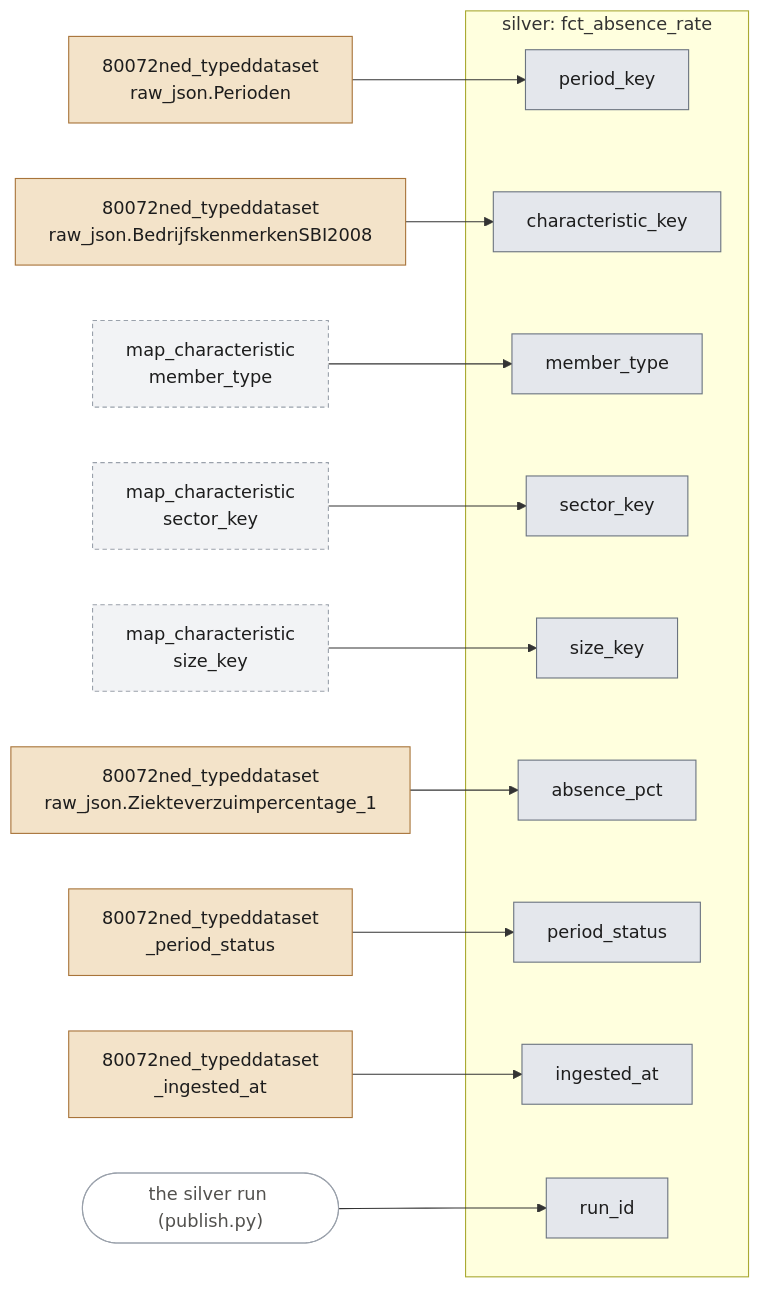
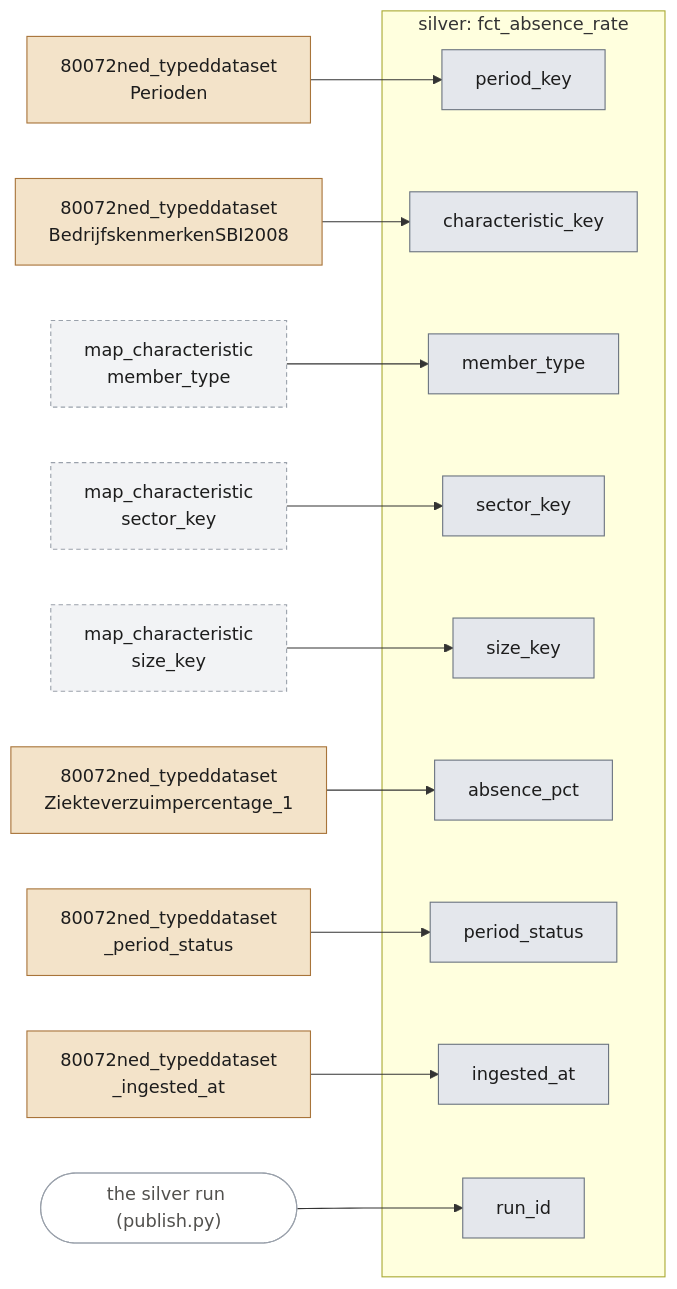
Before and after one commit to stefancodecommit/AOV_Lakehouse: the ninth of 13 diagrams in docs/lineage.md, drawn with Mermaid. The commit also changed other lines of this file and 12 other files, not shown here.

First line of the commit message:
Structured CBS bronze: a column per field next to raw_json

````diff
--- a/docs/lineage.md
+++ b/docs/lineage.md
@@ -451,36 +451,36 @@
 ```mermaid
 flowchart LR
+  n_src_80072ned_typeddataset_BedrijfskenmerkenSBI2008["80072ned_typeddataset<br/>BedrijfskenmerkenSBI2008"]:::bronze
+  n_src_80072ned_typeddataset_Perioden["80072ned_typeddataset<br/>Perioden"]:::bronze
+  n_src_80072ned_typeddataset_Ziekteverzuimpercentage_1["80072ned_typeddataset<br/>Ziekteverzuimpercentage_1"]:::bronze
   n_src_80072ned_typeddataset__ingested_at["80072ned_typeddataset<br/>_ingested_at"]:::bronze
   n_src_80072ned_typeddataset__period_status["80072ned_typeddataset<br/>_period_status"]:::bronze
-  n_src_80072ned_typeddataset_raw_json_BedrijfskenmerkenSBI2008["80072ned_typeddataset<br/>raw_json.BedrijfskenmerkenSBI2008"]:::bronze
-  n_src_80072ned_typeddataset_raw_json_Perioden["80072ned_typeddataset<br/>raw_json.Perioden"]:::bronze
-  n_src_80072ned_typeddataset_raw_json_Ziekteverzuimpercentage_1["80072ned_typeddataset<br/>raw_json.Ziekteverzuimpercentage_1"]:::bronze
   n_src_silver_map_characteristic_member_type["map_characteristic<br/>member_type"]:::silverref
   n_src_silver_map_characteristic_sector_key["map_characteristic<br/>sector_key"]:::silverref
   n_src_silver_map_characteristic_size_key["map_characteristic<br/>size_key"]:::silverref
   run(["the silver run (publish.py)"]):::run
   subgraph n_tbl_fct_absence_rate["silver: fct_absence_rate"]
     n_col_period_key["period_key"]:::silver
     n_col_characteristic_key["characteristic_key"]:::silver
     n_col_member_type["member_type"]:::silver
     n_col_sector_key["sector_key"]:::silver
     n_col_size_key["size_key"]:::silver
     n_col_absence_pct["absence_pct"]:::silver
     n_col_period_status["period_status"]:::silver
     n_col_ingested_at["ingested_at"]:::silver
     n_col_run_id["run_id"]:::silver
   end
-  n_src_80072ned_typeddataset_raw_json_Perioden --> n_col_period_key
-  n_src_80072ned_typeddataset_raw_json_BedrijfskenmerkenSBI2008 --> n_col_characteristic_key
+  n_src_80072ned_typeddataset_Perioden --> n_col_period_key
+  n_src_80072ned_typeddataset_BedrijfskenmerkenSBI2008 --> n_col_characteristic_key
   n_src_silver_map_characteristic_member_type --> n_col_member_type
   n_src_silver_map_characteristic_sector_key --> n_col_sector_key
   n_src_silver_map_characteristic_size_key --> n_col_size_key
-  n_src_80072ned_typeddataset_raw_json_Ziekteverzuimpercentage_1 --> n_col_absence_pct
+  n_src_80072ned_typeddataset_Ziekteverzuimpercentage_1 --> n_col_absence_pct
   n_src_80072ned_typeddataset__period_status --> n_col_period_status
   n_src_80072ned_typeddataset__ingested_at --> n_col_ingested_at
   run --> n_col_run_id
   classDef bronze fill:#f3e3c9,stroke:#a8743a,color:#1d1d1d
   classDef silver fill:#e4e7ec,stroke:#6b7480,color:#1d1d1d
   classDef silverref fill:#f2f3f5,stroke:#9aa1ab,stroke-dasharray:4 3,color:#1d1d1d
   classDef run fill:#ffffff,stroke:#9aa1ab,color:#52514e
 ```
````
